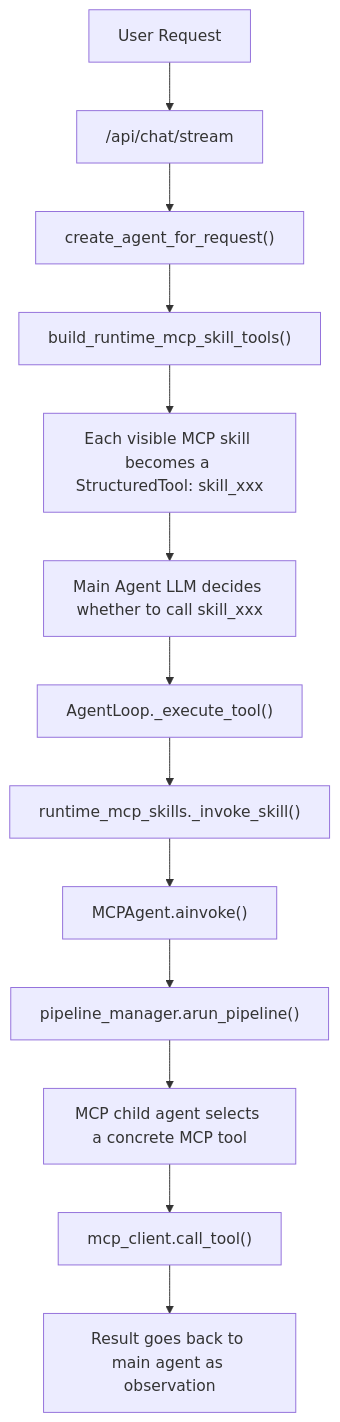
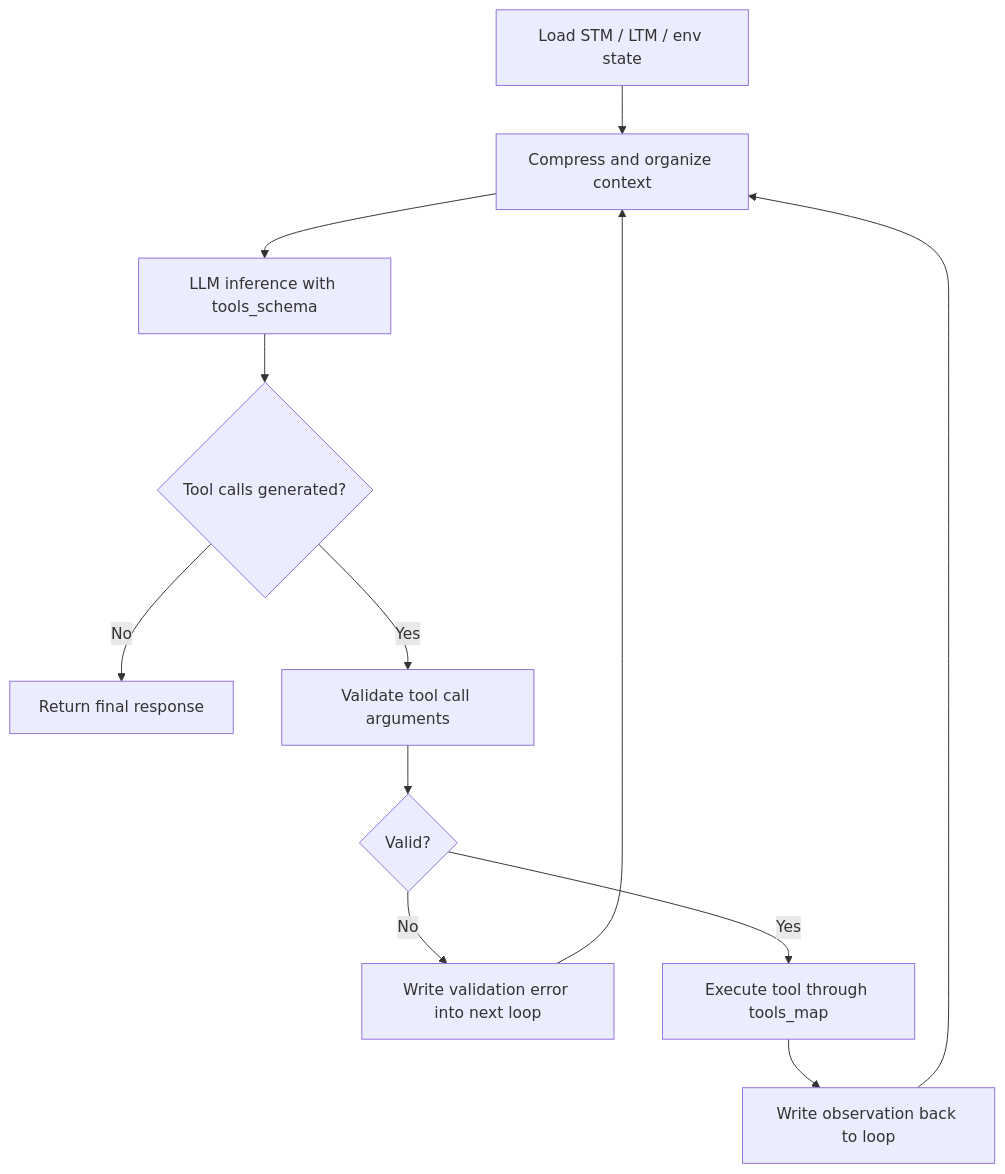
The second of 5 diagrams in README.md (solution3tl/EverLoop), drawn with Mermaid before and after one commit. The commit also changed other lines of this file, not shown here.

````diff
--- a/README.md
+++ b/README.md
@@ -161,15 +113,14 @@
 ```mermaid
 flowchart TD
-    A[User Request] --> B["/api/chat/stream"]
-    B --> C["create_agent_for_request()"]
-    C --> D["build_runtime_mcp_skill_tools()"]
-    D --> E["Each visible MCP skill becomes a StructuredTool: skill_xxx"]
-    E --> F["Main Agent LLM decides whether to call skill_xxx"]
-    F --> G["AgentLoop._execute_tool()"]
-    G --> H["runtime_mcp_skills._invoke_skill()"]
-    H --> I["MCPAgent.ainvoke()"]
-    I --> J["pipeline_manager.arun_pipeline()"]
-    J --> K["MCP child agent selects a concrete MCP tool"]
-    K --> L["mcp_client.call_tool()"]
-    L --> M["Result goes back to main agent as observation"]
+    A["Load STM / LTM / env state"] --> B["Compress and organize context"]
+    B --> C["LLM inference with tools_schema"]
+    C --> D{"Tool calls generated?"}
+    D -- No --> E["Return final response"]
+    D -- Yes --> F["Validate tool call arguments"]
+    F --> G{"Valid?"}
+    G -- No --> H["Write validation error into next loop"]
+    G -- Yes --> I["Execute tool through tools_map"]
+    I --> J["Write observation back to loop"]
+    H --> B
+    J --> B
 ```
````
